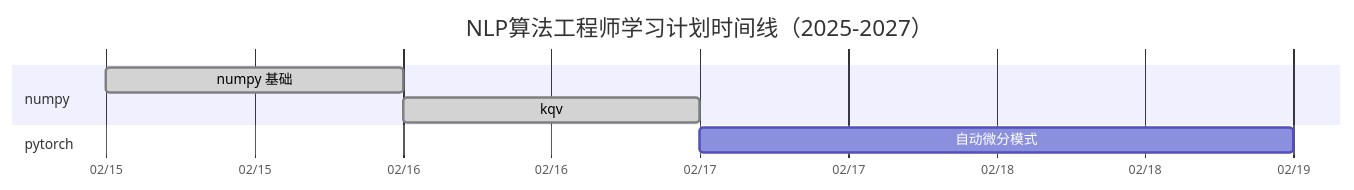
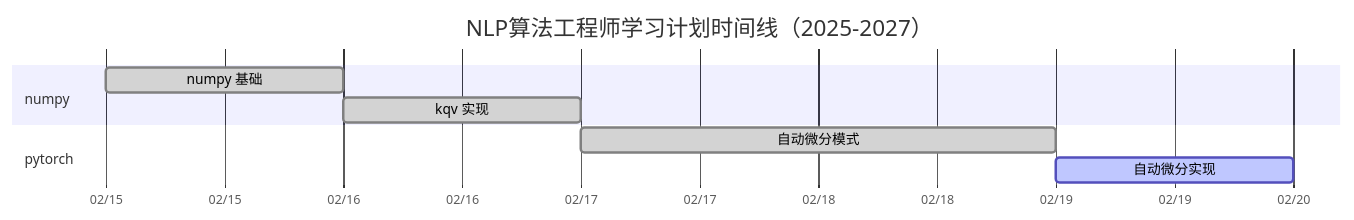
The diagram in 01 NLP核心模型与算法/第一阶段学习计划.md (FLFoxMail/nlp), drawn with Mermaid before and after one commit. The commit also changed 1 other file, not shown here.

Commit message:
Update PyTorch and automatic differentiation notebooks

````diff
--- a/01 NLP核心模型与算法/第一阶段学习计划.md
+++ b/01 NLP核心模型与算法/第一阶段学习计划.md
@@ -1,14 +1,15 @@
 ```mermaid
 gantt
     title NLP算法工程师学习计划时间线（2025-2027）
     dateFormat  YYYY-MM-DD
     axisFormat  %m/%d
 
     section numpy
     numpy 基础 :done, numpy, 2025-02-15,  1d
-    kqv: done, sa, after numpy,  0.5d
+    kqv 实现: done, sa, after numpy,  1d
 
     section pytorch
-    自动微分模式 : nn, after sa,  2d
+    自动微分模式 : done, ad, after sa,  2d
+    自动微分实现 : active, ada, after ad, 1d
 
 ```
````
